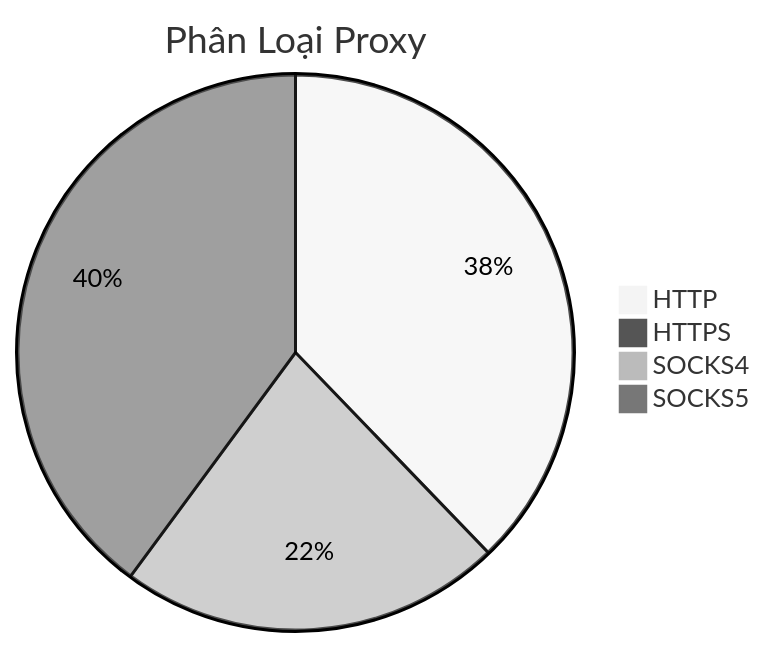
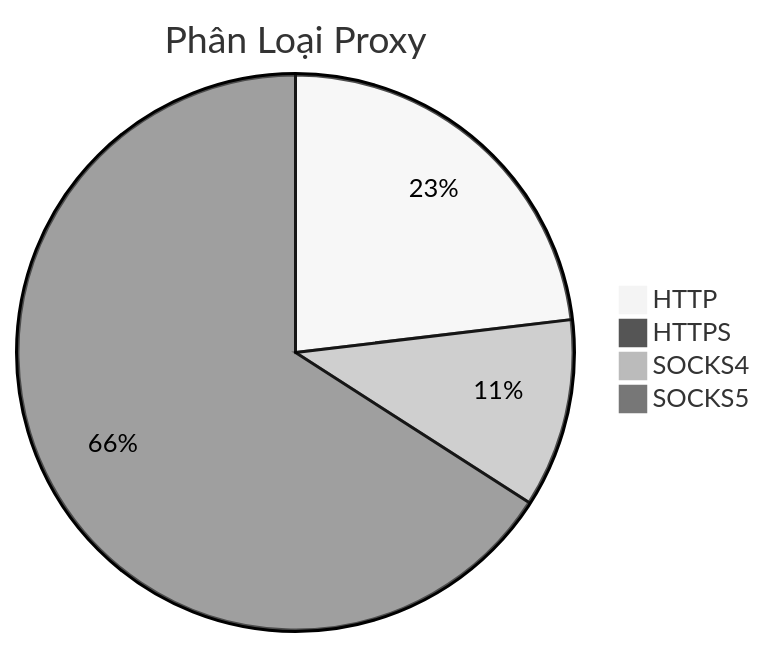
Before and after one commit to Ciara-12/PROXY-free: the diagram in README.md, drawn with Mermaid (neutral theme). The commit also changed other lines of this file and 3 other files, not shown here.

````diff
--- a/README.md
+++ b/README.md
@@ -26,7 +26,7 @@
 ```mermaid
 pie title Phân Loại Proxy
-    "HTTP" : 813
+    "HTTP" : 764
     "HTTPS" : 0
-    "SOCKS4" : 480
-    "SOCKS5" : 858
+    "SOCKS4" : 363
+    "SOCKS5" : 2179
 ```
````
